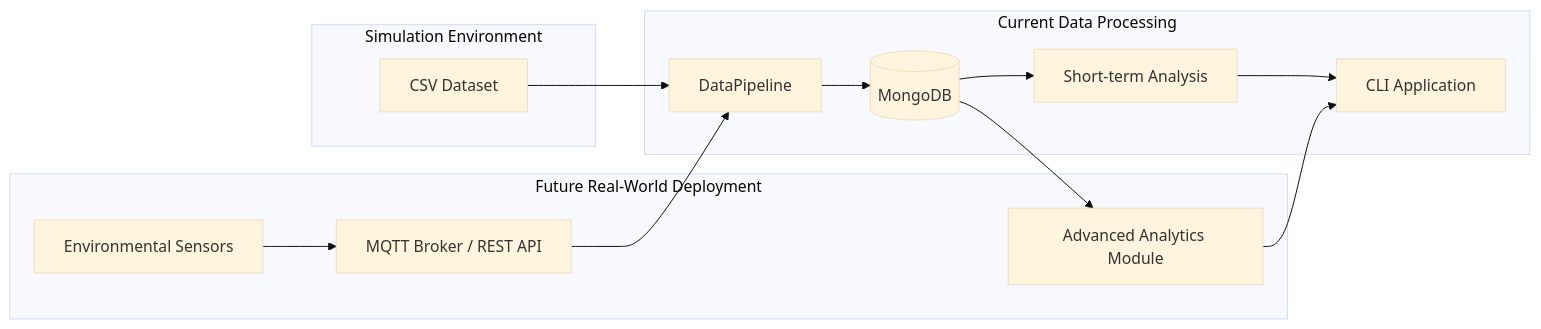
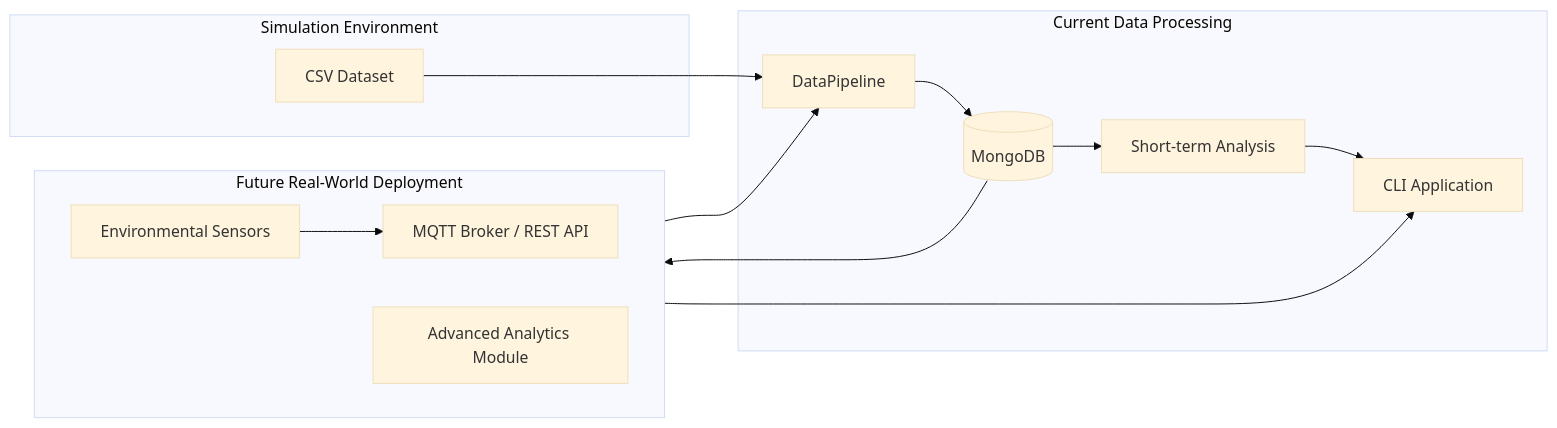
One commit to tipofyzik/mongodb_for_storing_sensor_data changed the second of 2 diagrams in README.md. Above: the diagram before and after it, drawn with Mermaid (base theme).

````diff
--- a/README.md
+++ b/README.md
@@ -170,31 +170,32 @@
 ```mermaid
 flowchart LR
 
 subgraph Simulation["Simulation Environment"]
     A[CSV Dataset]
 end
 
 subgraph Processing["Current Data Processing"]
     D[DataPipeline]
     E[(MongoDB)]
     F[CLI Application]
     H[Short-term Analysis]
     
     D --> E
     E --> H
     H --> F
 end
 
 subgraph Real["Future Real-World Deployment"]
+    direction LR
     B[Environmental Sensors]
     C[MQTT Broker / REST API]
     G[Advanced Analytics Module]
     
     B --> C
     C --> D
     E --> G
     G --> F
 end
 
 A --> D
 ```
````
